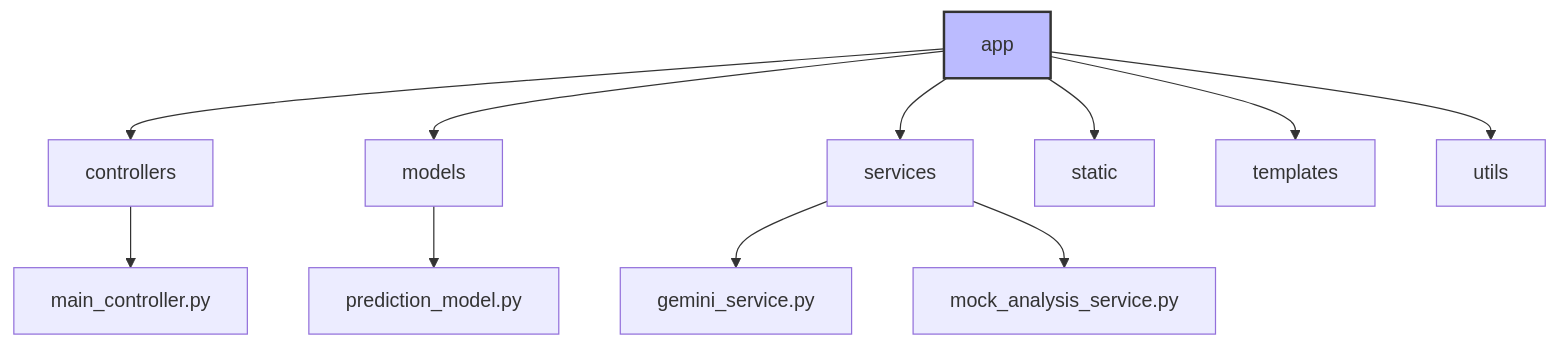
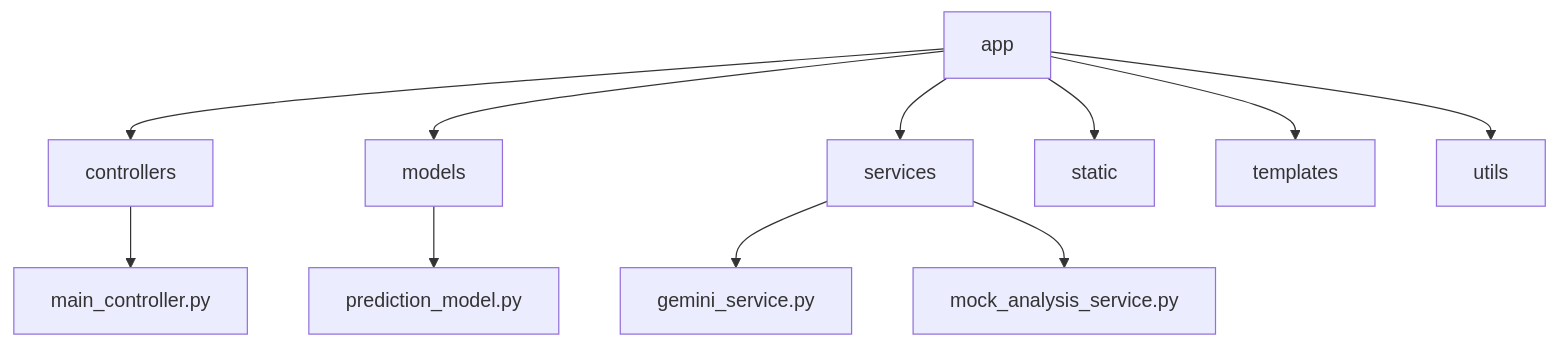
The third of 7 diagrams in docs/PROJECT_STRUCTURE.md (Dylalva/TeenSmartInsight), drawn with Mermaid before and after one commit. The commit also changed other lines of this file and 5 other files, not shown here.

````diff
--- a/docs/PROJECT_STRUCTURE.md
+++ b/docs/PROJECT_STRUCTURE.md
@@ -45,16 +41,14 @@
 ```mermaid
 graph TD
     B1[app] --> B1A[controllers]
     B1 --> B1B[models]
     B1 --> B1C[services]
     B1 --> B1D[static]
     B1 --> B1E[templates]
     B1 --> B1F[utils]
     
     B1A --> B1A1[main_controller.py]
     B1B --> B1B1[prediction_model.py]
     B1C --> B1C1[gemini_service.py]
     B1C --> B1C2[mock_analysis_service.py]
-    
-    style B1 fill:#bbf,stroke:#333,stroke-width:2px
 ```
````
